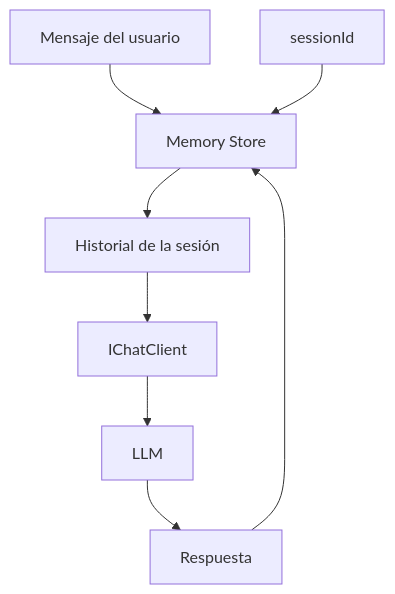
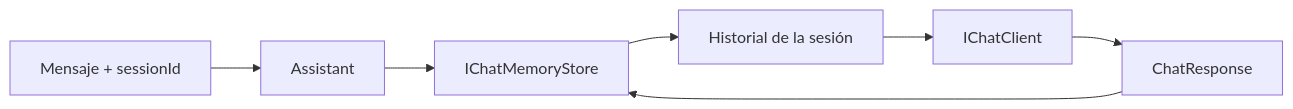
The diagram in labs/lab-06-chat-memory-advanced/README.md (danielcalvindeveloper/dac-learning-ai-dotnet), drawn with Mermaid before and after one commit. The commit also changed other lines of this file and 7 other files, not shown here.

````diff
--- a/labs/lab-06-chat-memory-advanced/README.md
+++ b/labs/lab-06-chat-memory-advanced/README.md
@@ -372,18 +234,9 @@
 ```mermaid
-flowchart TD
-    U[Mensaje del usuario]
-    ID[sessionId]
-    M[Memory Store]
-    H[Historial de la sesión]
-    C[IChatClient]
-    L[LLM]
-    R[Respuesta]
-
-    U --> M
-    ID --> M
-    M --> H
-    H --> C
-    C --> L
-    L --> R
+flowchart LR
+    U[Mensaje + sessionId] --> A[Assistant]
+    A --> M[IChatMemoryStore]
+    M --> H[Historial de la sesión]
+    H --> C[IChatClient]
+    C --> R[ChatResponse]
     R --> M
 ```
````
